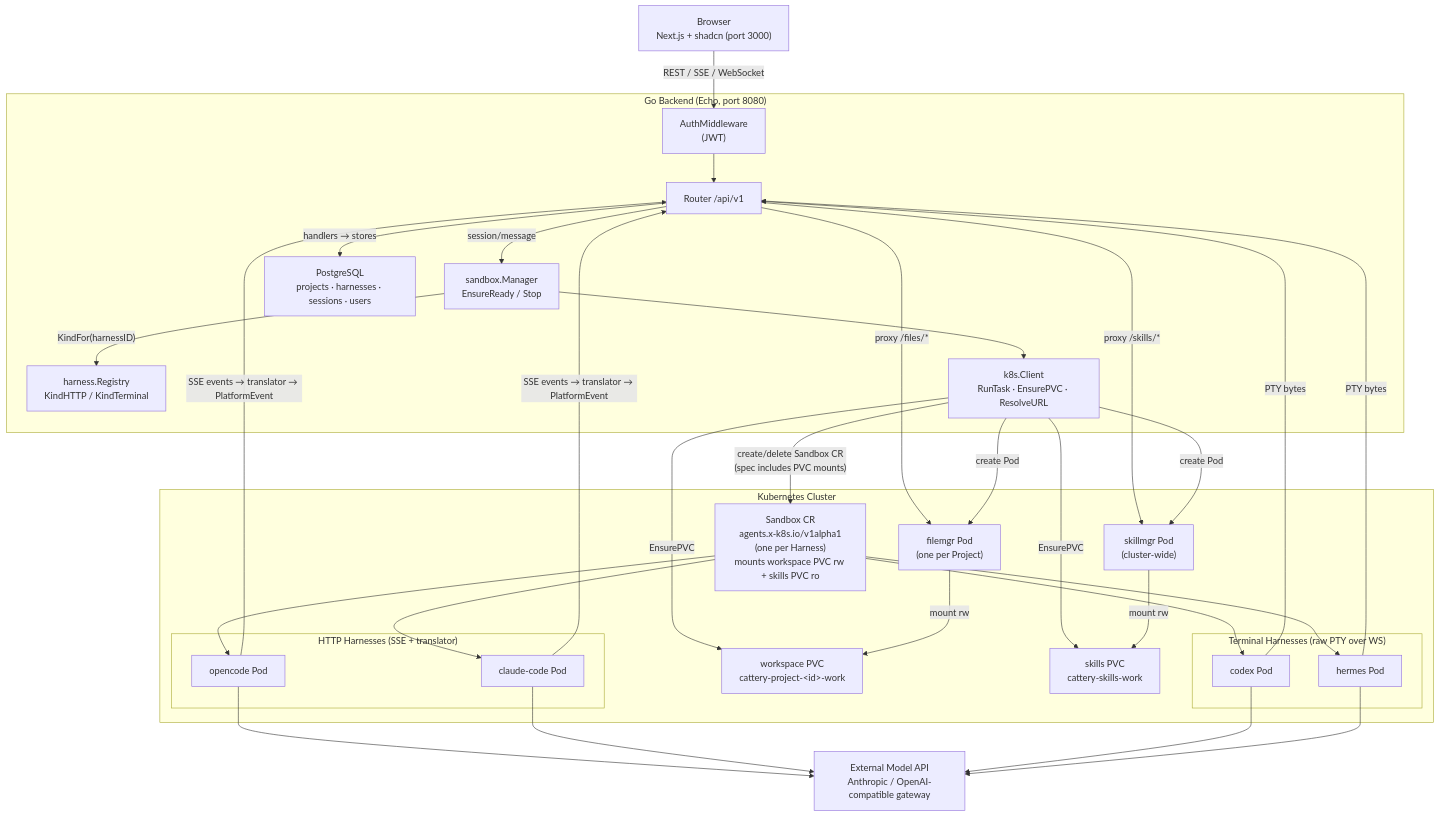
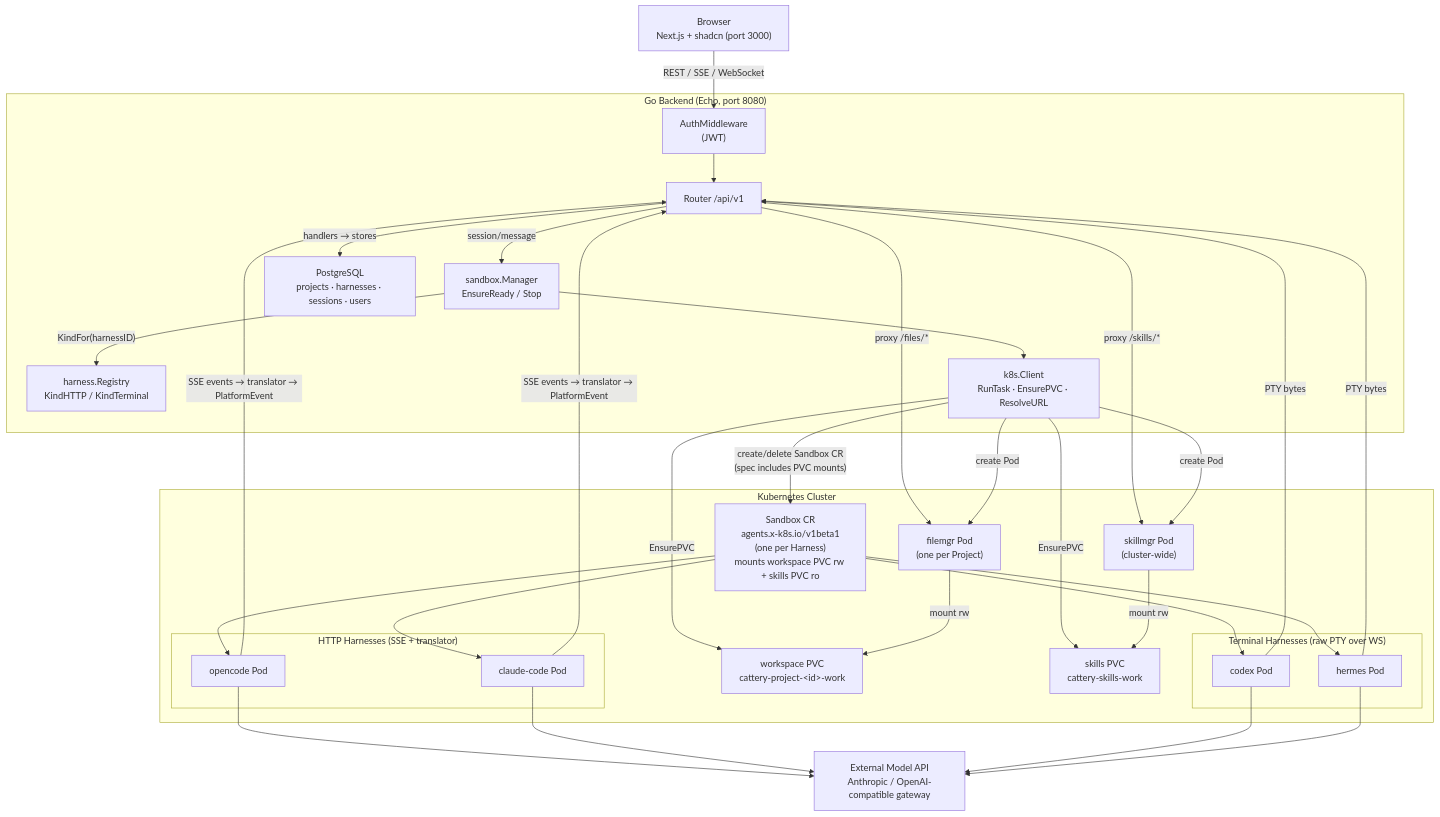
One commit to wellCh4n/cattery changed the diagram in README.md. Above: the diagram before and after it, drawn with Mermaid. The commit also changed other lines of this file and 5 other files, not shown here.

````diff
--- a/README.md
+++ b/README.md
@@ -10,63 +10,63 @@
 ```mermaid
 graph TD
     Browser["Browser\nNext.js + shadcn (port 3000)"]
 
     subgraph Backend["Go Backend (Echo, port 8080)"]
         Auth["AuthMiddleware\n(JWT)"]
         Router["Router /api/v1"]
         SandboxMgr["sandbox.Manager\nEnsureReady / Stop"]
         HarnessReg["harness.Registry\nKindHTTP / KindTerminal"]
         K8sClient["k8s.Client\nRunTask · EnsurePVC · ResolveURL"]
         DB["PostgreSQL\nprojects · harnesses · sessions · users"]
     end
 
     subgraph K8s["Kubernetes Cluster"]
-        SandboxCR["Sandbox CR\nagents.x-k8s.io/v1alpha1\n(one per Harness)\nmounts workspace PVC rw + skills PVC ro"]
+        SandboxCR["Sandbox CR\nagents.x-k8s.io/v1beta1\n(one per Harness)\nmounts workspace PVC rw + skills PVC ro"]
 
         subgraph HTTPPods["HTTP Harnesses (SSE + translator)"]
             OpenCode["opencode Pod"]
             ClaudeCode["claude-code Pod"]
         end
 
         subgraph TermPods["Terminal Harnesses (raw PTY over WS)"]
             Codex["codex Pod"]
             Hermes["hermes Pod"]
         end
 
         FileMgr["filemgr Pod\n(one per Project)"]
         SkillMgr["skillmgr Pod\n(cluster-wide)"]
 
         WorkPVC["workspace PVC\ncattery-project-&lt;id&gt;-work"]
         SkillPVC["skills PVC\ncattery-skills-work"]
     end
 
     ModelAPI["External Model API\nAnthropic / OpenAI-compatible gateway"]
 
     Browser -->|"REST / SSE / WebSocket"| Auth
     Auth --> Router
     Router -->|"session/message"| SandboxMgr
     Router -->|"handlers → stores"| DB
     Router -->|"proxy /files/*"| FileMgr
     Router -->|"proxy /skills/*"| SkillMgr
     SandboxMgr --> K8sClient
     SandboxMgr -->|"KindFor(harnessID)"| HarnessReg
     K8sClient -->|"create/delete Sandbox CR\n(spec includes PVC mounts)"| SandboxCR
     K8sClient -->|"create Pod"| FileMgr
     K8sClient -->|"create Pod"| SkillMgr
     K8sClient -->|"EnsurePVC"| WorkPVC
     K8sClient -->|"EnsurePVC"| SkillPVC
     SandboxCR --> OpenCode
     SandboxCR --> ClaudeCode
     SandboxCR --> Codex
     SandboxCR --> Hermes
     OpenCode -->|"SSE events → translator → PlatformEvent"| Router
     ClaudeCode -->|"SSE events → translator → PlatformEvent"| Router
     Codex -->|"PTY bytes"| Router
     Hermes -->|"PTY bytes"| Router
     OpenCode --> ModelAPI
     ClaudeCode --> ModelAPI
     Codex --> ModelAPI
     Hermes --> ModelAPI
     FileMgr -->|"mount rw"| WorkPVC
     SkillMgr -->|"mount rw"| SkillPVC
 ```
````
